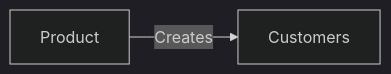
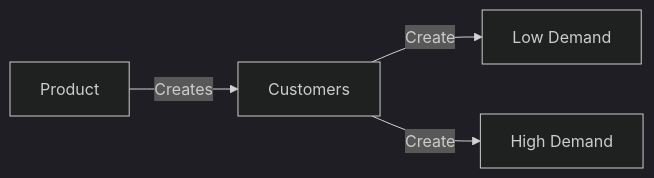
One commit to ryanbullock02/NikeStore_ERD.md changed the diagram in README.md. Above: the diagram before and after it, drawn with Mermaid (dark theme).

````diff
--- a/README.md
+++ b/README.md
@@ -4,5 +4,8 @@
 ```mermaid
 flowchart LR
   a[Product] --"Creates"--> b[Customers]
+  b --"Create"--> c[Low Demand]
+  b --"Create"--> d[High Demand]
+
 
   ```
````
